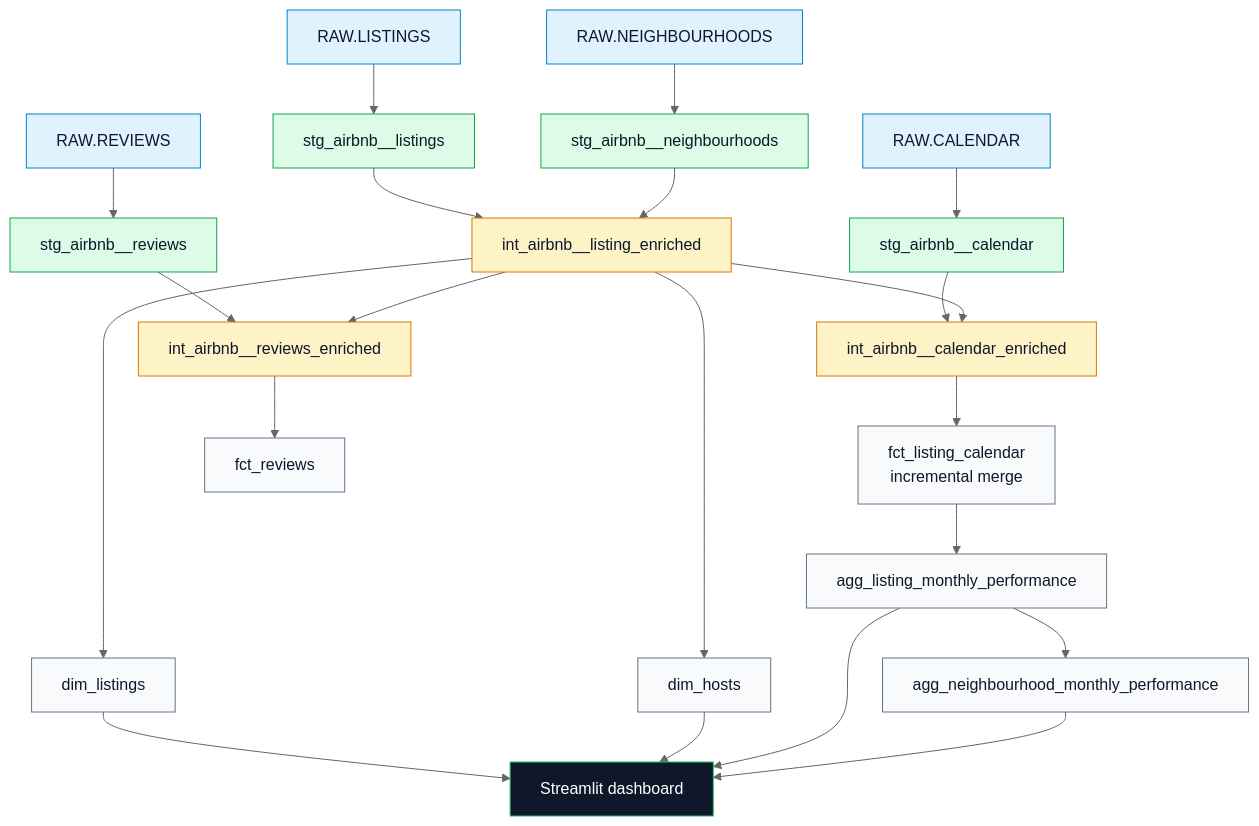
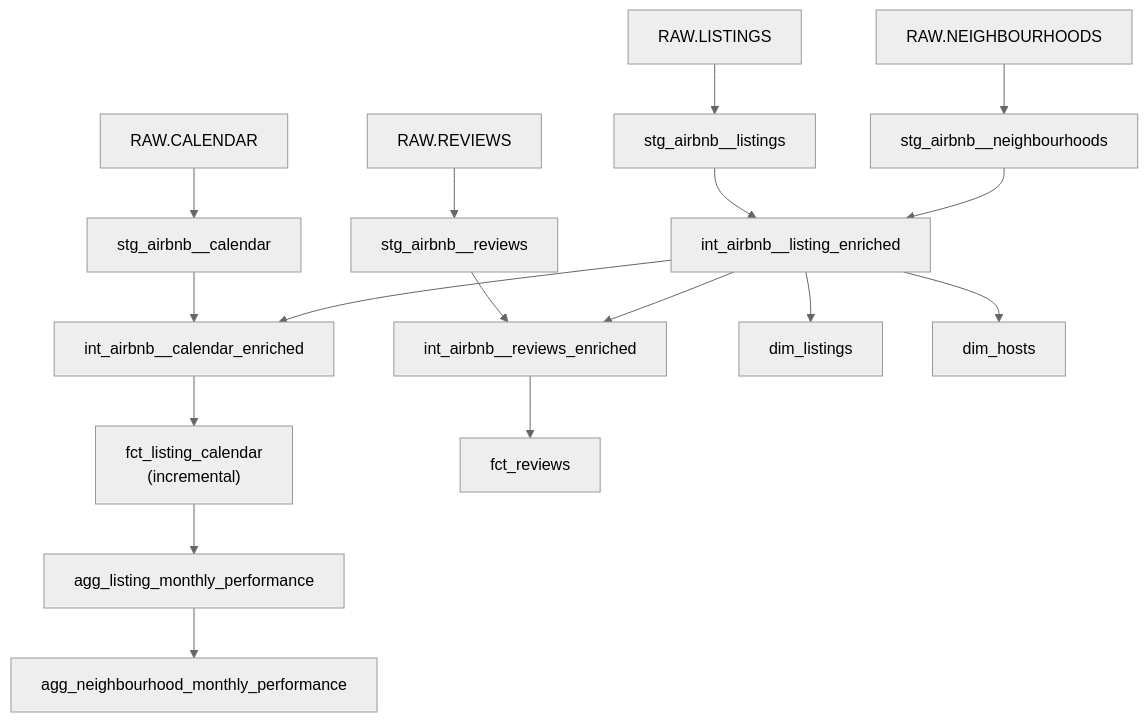
One commit to analyticsdurgesh/Snowflake_DBT_Project changed the second of 2 diagrams in README.md. Above: the diagram before and after it, drawn with Mermaid (neutral theme). The commit also changed other lines of this file and 41 other files, not shown here.

````diff
--- a/README.md
+++ b/README.md
@@ -62,45 +54,21 @@
 ```mermaid
 flowchart TB
     L["RAW.LISTINGS"] --> SL["stg_airbnb__listings"]
     C["RAW.CALENDAR"] --> SC["stg_airbnb__calendar"]
     R["RAW.REVIEWS"] --> SR["stg_airbnb__reviews"]
     N["RAW.NEIGHBOURHOODS"] --> SN["stg_airbnb__neighbourhoods"]
 
     SL --> IL["int_airbnb__listing_enriched"]
     SN --> IL
     SC --> IC["int_airbnb__calendar_enriched"]
     IL --> IC
     SR --> IR["int_airbnb__reviews_enriched"]
     IL --> IR
 
     IL --> DL["dim_listings"]
     IL --> DH["dim_hosts"]
-    IC --> FC["fct_listing_calendar<br/>incremental merge"]
+    IC --> FC["fct_listing_calendar<br/>(incremental)"]
     IR --> FR["fct_reviews"]
     FC --> AL["agg_listing_monthly_performance"]
     AL --> AN["agg_neighbourhood_monthly_performance"]
-
-    DL --> DASH["Streamlit dashboard"]
-    DH --> DASH
-    AL --> DASH
-    AN --> DASH
-
-    style L fill:#E0F2FE,stroke:#0284C7,color:#0F172A
-    style C fill:#E0F2FE,stroke:#0284C7,color:#0F172A
-    style R fill:#E0F2FE,stroke:#0284C7,color:#0F172A
-    style N fill:#E0F2FE,stroke:#0284C7,color:#0F172A
-    style SL fill:#DCFCE7,stroke:#16A34A,color:#0F172A
-    style SC fill:#DCFCE7,stroke:#16A34A,color:#0F172A
-    style SR fill:#DCFCE7,stroke:#16A34A,color:#0F172A
-    style SN fill:#DCFCE7,stroke:#16A34A,color:#0F172A
-    style IL fill:#FEF3C7,stroke:#D97706,color:#0F172A
-    style IC fill:#FEF3C7,stroke:#D97706,color:#0F172A
-    style IR fill:#FEF3C7,stroke:#D97706,color:#0F172A
-    style DL fill:#F8FAFC,stroke:#64748B,color:#0F172A
-    style DH fill:#F8FAFC,stroke:#64748B,color:#0F172A
-    style FC fill:#F8FAFC,stroke:#64748B,color:#0F172A
-    style FR fill:#F8FAFC,stroke:#64748B,color:#0F172A
-    style AL fill:#F8FAFC,stroke:#64748B,color:#0F172A
-    style AN fill:#F8FAFC,stroke:#64748B,color:#0F172A
-    style DASH fill:#0F172A,stroke:#22C55E,color:#FFFFFF
 ```
````
